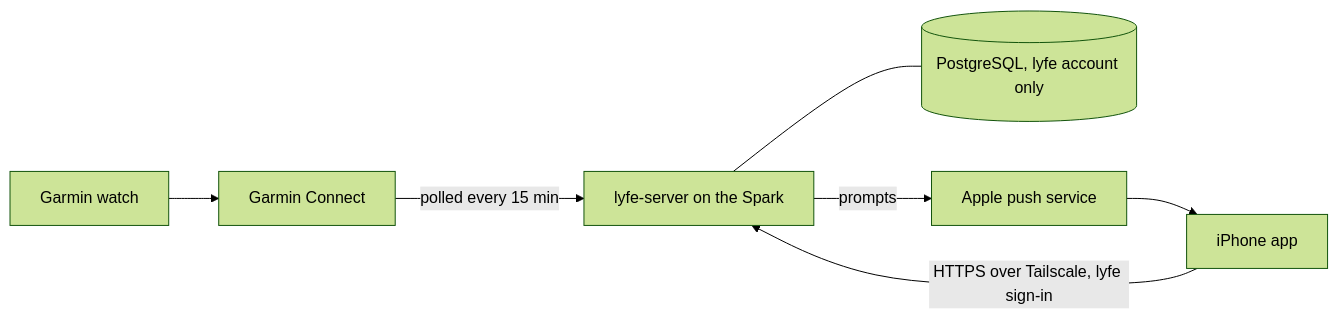
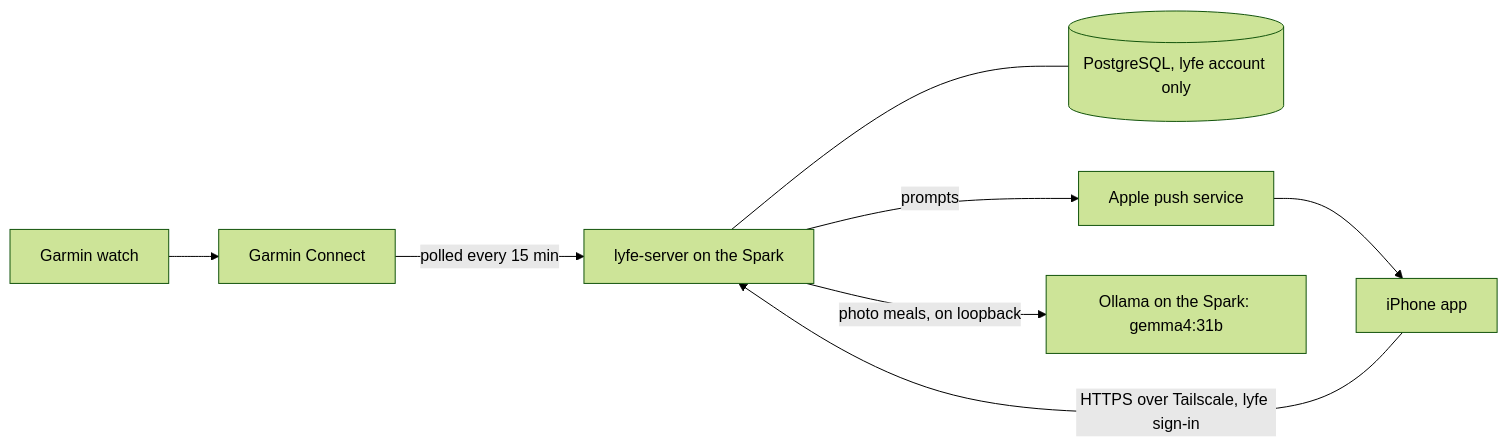
One commit to EduardKakosyan/lyfe changed the diagram in README.md. Above: the diagram before and after it, drawn with Mermaid (forest theme). The commit also changed other lines of this file and 35 other files, not shown here.

````diff
--- a/README.md
+++ b/README.md
@@ -18,8 +18,9 @@
 ```mermaid
 flowchart LR
     watch[Garmin watch] --> garmin[Garmin Connect]
     garmin -- polled every 15 min --> server[lyfe-server on the Spark]
     server --- db[(PostgreSQL, lyfe account only)]
     phone[iPhone app] -- HTTPS over Tailscale, lyfe sign-in --> server
     server -- prompts --> apple[Apple push service] --> phone
+    server -- photo meals, on loopback --> ollama[Ollama on the Spark: gemma4:31b]
 ```
````
